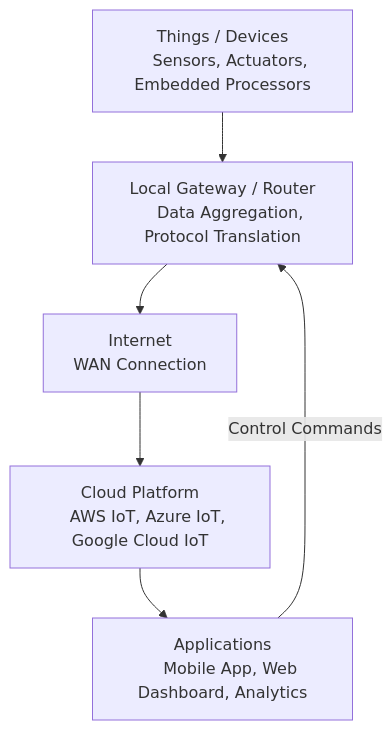
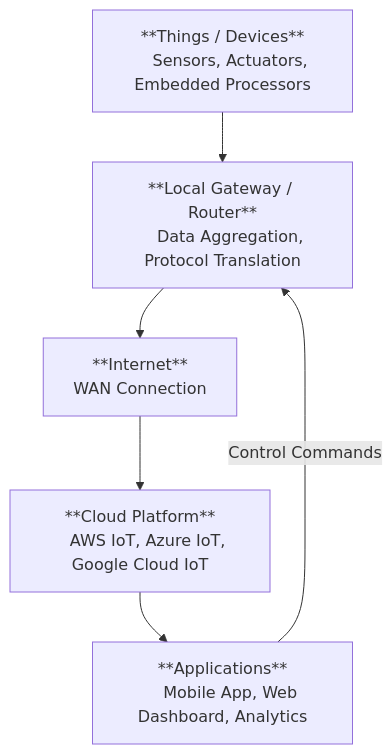
One commit to lazgaming70/IOT-CIA-1 changed the tenth of 13 diagrams in Unofficial-QB/Unofficial-QB-Claude-Ans.md. Above: the diagram before and after it, drawn with Mermaid. The commit also changed other lines of this file, not shown here.

Commit message:
Bolded some box titles in mermaidjs code blocks

````diff
--- a/Unofficial-QB/Unofficial-QB-Claude-Ans.md
+++ b/Unofficial-QB/Unofficial-QB-Claude-Ans.md
@@ -986,13 +986,13 @@
 ```mermaid
 flowchart TD
-    THINGS[Things / Devices
-    Sensors, Actuators, Embedded Processors] --> GW[Local Gateway / Router
+    THINGS[**Things / Devices**
+    Sensors, Actuators, Embedded Processors] --> GW[**Local Gateway / Router**
     Data Aggregation, Protocol Translation]
-    GW --> INTERNET[Internet
+    GW --> INTERNET[**Internet**
     WAN Connection]
-    INTERNET --> CLOUD[Cloud Platform
+    INTERNET --> CLOUD[**Cloud Platform**
     AWS IoT, Azure IoT, Google Cloud IoT]
-    CLOUD --> APP[Applications
+    CLOUD --> APP[**Applications**
     Mobile App, Web Dashboard, Analytics]
     APP -->|Control Commands| GW
 ```
````
